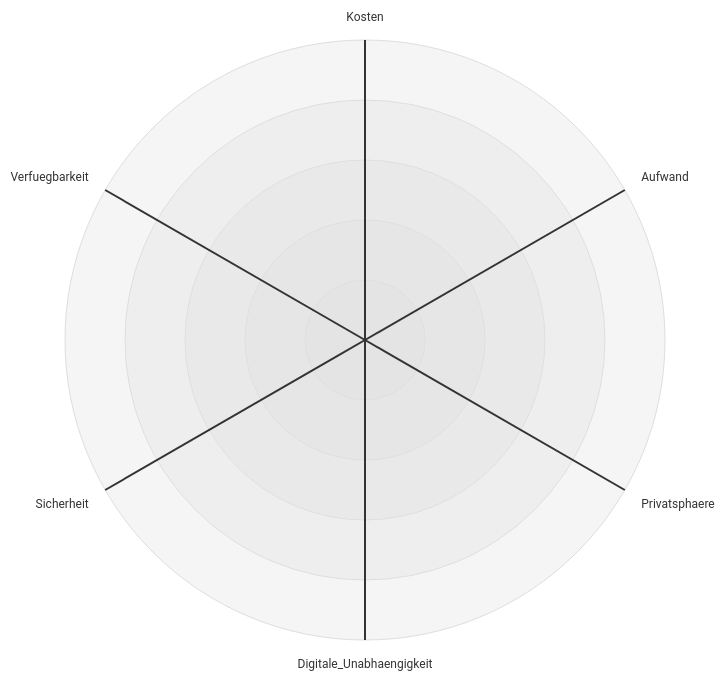
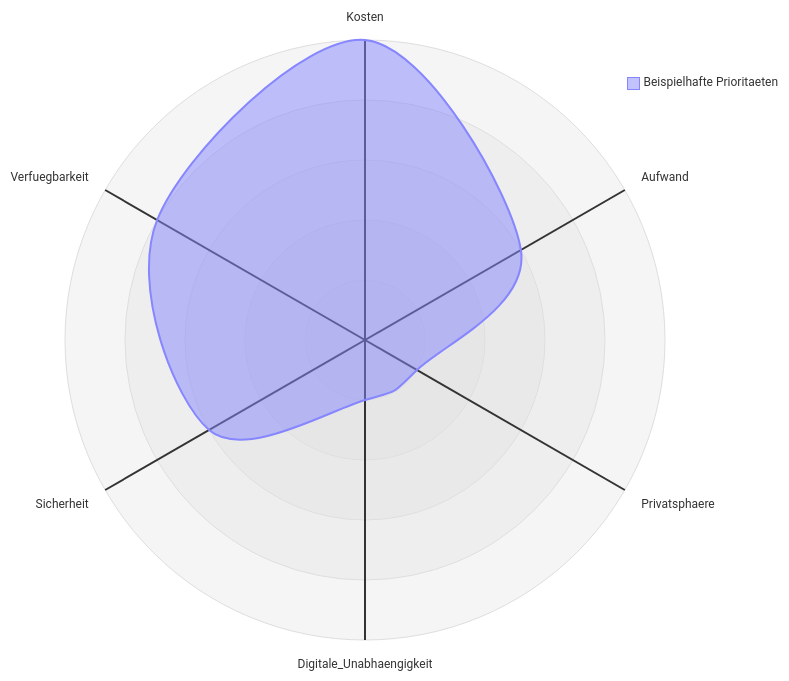
One commit to hnaussed/digitale-unabhaengigkeit-in-der-familie changed the diagram in folien/slides.md. Above: the diagram before and after it, drawn with Mermaid. The commit also changed other lines of this file, not shown here.

````diff
--- a/folien/slides.md
+++ b/folien/slides.md
@@ -83,5 +90,6 @@
 ```mermaid {theme: 'neutral', scale: 0.6}
 radar-beta
 	axis Kosten, Aufwand, Privatsphaere, Digitale_Unabhaengigkeit, Sicherheit, Verfuegbarkeit
+	curve Prioritaeten["Beispielhafte Prioritaeten"]{ 5, 3, 1, 1, 3, 4 }
 	max 5
 ```
````
